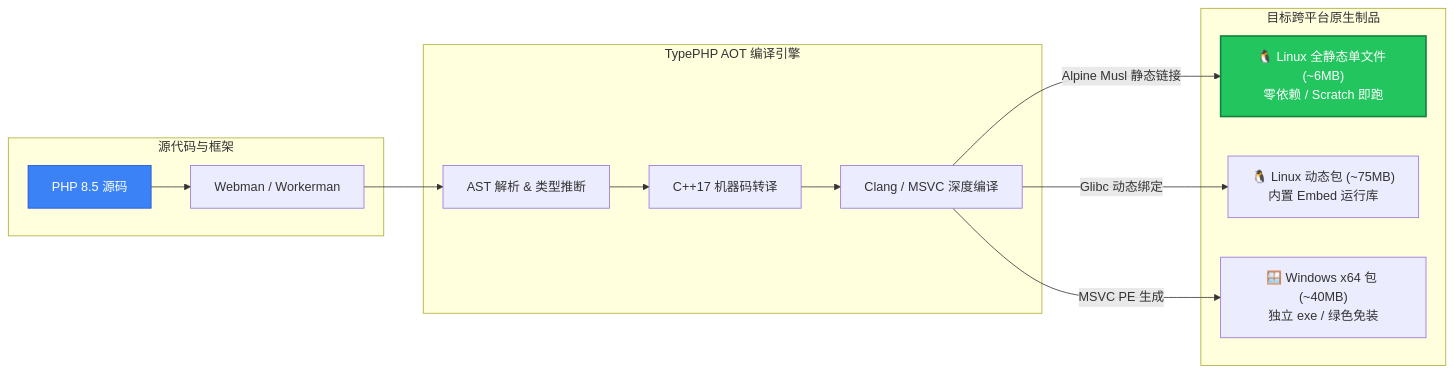
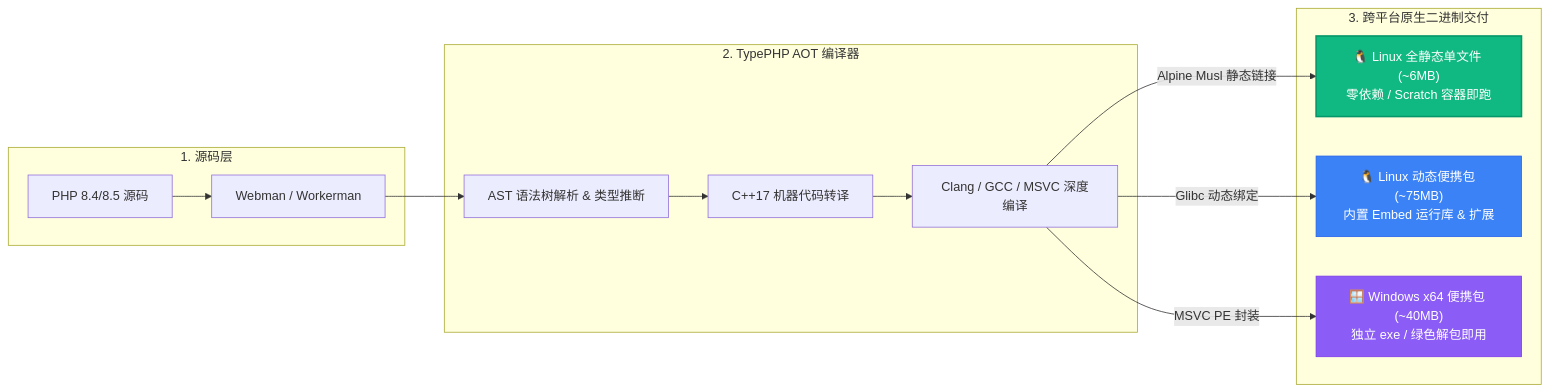
The diagram in README.md (Tinywan/tinywan-typephp-webman), drawn with Mermaid before and after one commit. The commit also changed other lines of this file, not shown here.

````diff
--- a/README.md
+++ b/README.md
@@ -23,21 +42,22 @@
 ```mermaid
 graph LR
-    subgraph 源代码与框架
-        A[PHP 8.5 源码] --> B[Webman / Workerman]
+    subgraph 1. 源码层
+        A[PHP 8.4/8.5 源码] --> B[Webman / Workerman]
     end
 
-    subgraph TypePHP AOT 编译引擎
-        B --> C[AST 解析 & 类型推断]
-        C --> D[C++17 机器码转译]
-        D --> E[Clang / MSVC 深度编译]
+    subgraph 2. TypePHP AOT 编译器
+        B --> C[AST 语法树解析 & 类型推断]
+        C --> D[C++17 机器代码转译]
+        D --> E[Clang / GCC / MSVC 深度编译]
     end
 
-    subgraph 目标跨平台原生制品
-        E -->|Alpine Musl 静态链接| F["🐧 Linux 全静态单文件 (~6MB)<br/>零依赖 / Scratch 即跑"]
-        E -->|Glibc 动态绑定| G["🐧 Linux 动态包 (~75MB)<br/>内置 Embed 运行库"]
-        E -->|MSVC PE 生成| H["🪟 Windows x64 包 (~40MB)<br/>独立 exe / 绿色免装"]
+    subgraph 3. 跨平台原生二进制交付
+        E -->|Alpine Musl 静态链接| F["🐧 Linux 全静态单文件 (~6MB)<br/>零依赖 / Scratch 容器即跑"]
+        E -->|Glibc 动态绑定| G["🐧 Linux 动态便携包 (~75MB)<br/>内置 Embed 运行库 & 扩展"]
+        E -->|MSVC PE 封装| H["🪟 Windows x64 便携包 (~40MB)<br/>独立 exe / 绿色解包即用"]
     end
 
-    style F fill:#22c55e,stroke:#15803d,stroke-width:2px,color:#fff
-    style A fill:#3b82f6,stroke:#1d4ed8,stroke-width:1px,color:#fff
+    style F fill:#10b981,stroke:#059669,stroke-width:2px,color:#fff
+    style G fill:#3b82f6,stroke:#2563eb,stroke-width:1px,color:#fff
+    style H fill:#8b5cf6,stroke:#7c3aed,stroke-width:1px,color:#fff
 ```
````
